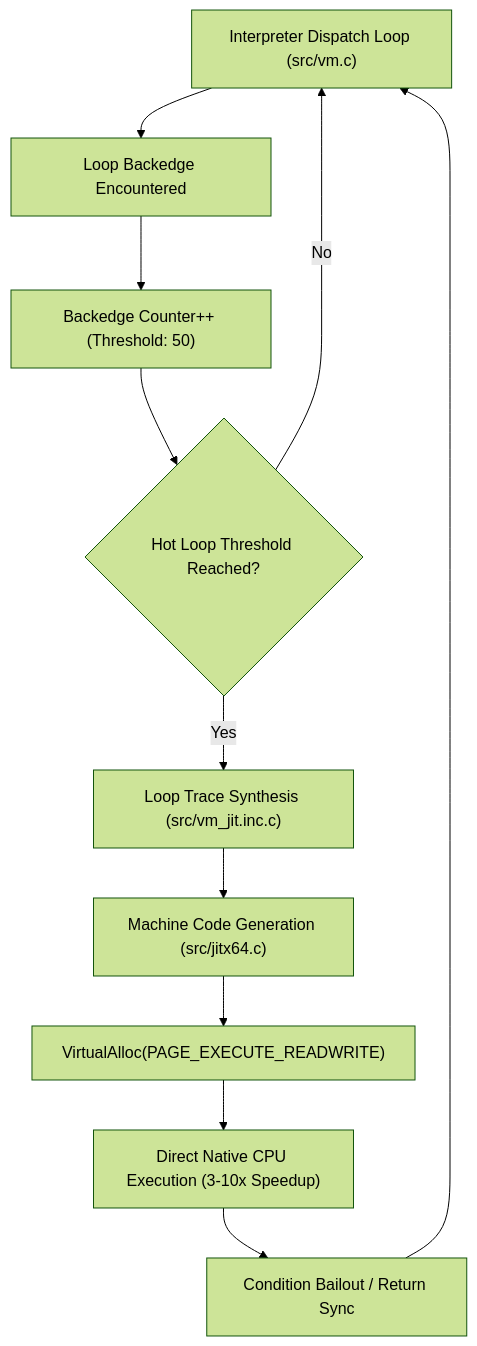
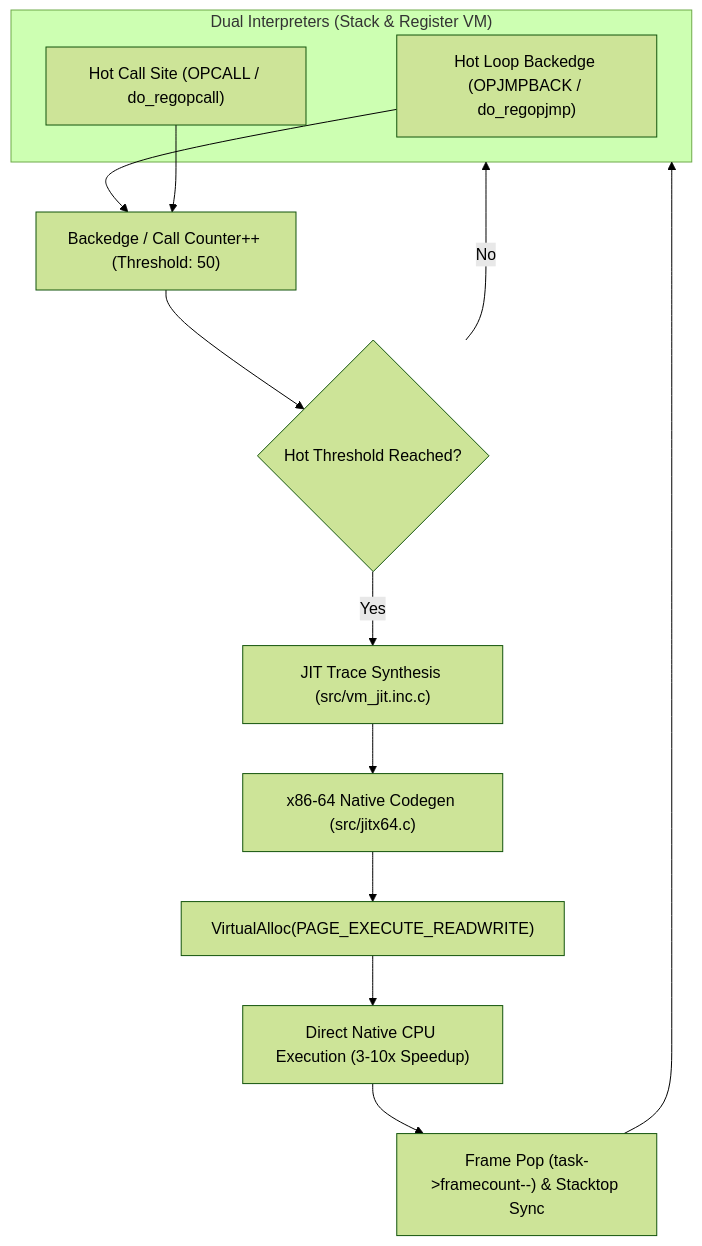
The third of 3 diagrams in book/Chapter 19 - Developer Tooling and Ecosystem.md (aks-lang/aks-lang), drawn with Mermaid (forest theme) before and after one commit. The commit also changed other lines of this file and 6 other files, not shown here.

````diff
--- a/book/Chapter 19 - Developer Tooling and Ecosystem.md
+++ b/book/Chapter 19 - Developer Tooling and Ecosystem.md
@@ -288,13 +288,18 @@
 ```mermaid
 flowchart TD
-    VM["Interpreter Dispatch Loop (src/vm.c)"] --> Backedge["Loop Backedge Encountered"]
-    Backedge --> Counter["Backedge Counter++ (Threshold: 50)"]
-    Counter --> Check{"Hot Loop Threshold Reached?"}
-    Check -->|No| VM
-    Check -->|Yes| JITSynth["Loop Trace Synthesis (src/vm_jit.inc.c)"]
-    JITSynth --> X64Codegen["Machine Code Generation (src/jitx64.c)"]
+    subgraph Interpreter ["Dual Interpreters (Stack & Register VM)"]
+        LoopBackedge["Hot Loop Backedge (OPJMPBACK / do_regopjmp)"]
+        CallSite["Hot Call Site (OPCALL / do_regopcall)"]
+    end
+
+    LoopBackedge --> Counter["Backedge / Call Counter++ (Threshold: 50)"]
+    CallSite --> Counter
+    Counter --> Check{"Hot Threshold Reached?"}
+    Check -->|No| Interpreter
+    Check -->|Yes| JITSynth["JIT Trace Synthesis (src/vm_jit.inc.c)"]
+    JITSynth --> X64Codegen["x86-64 Native Codegen (src/jitx64.c)"]
     X64Codegen --> ExecMem["VirtualAlloc(PAGE_EXECUTE_READWRITE)"]
     ExecMem --> NativeExec["Direct Native CPU Execution (3-10x Speedup)"]
-    NativeExec --> Bailout["Condition Bailout / Return Sync"]
-    Bailout --> VM
+    NativeExec --> ReturnSync["Frame Pop (task->framecount--) & Stacktop Sync"]
+    ReturnSync --> Interpreter
 ```
````
